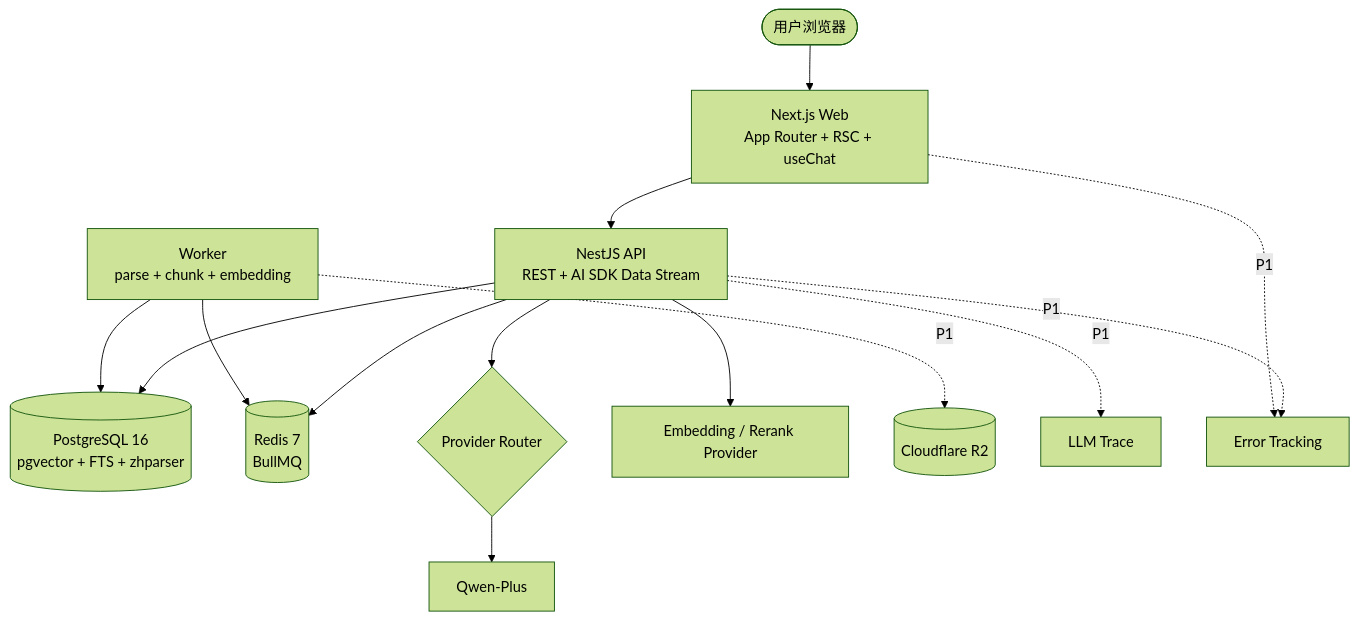
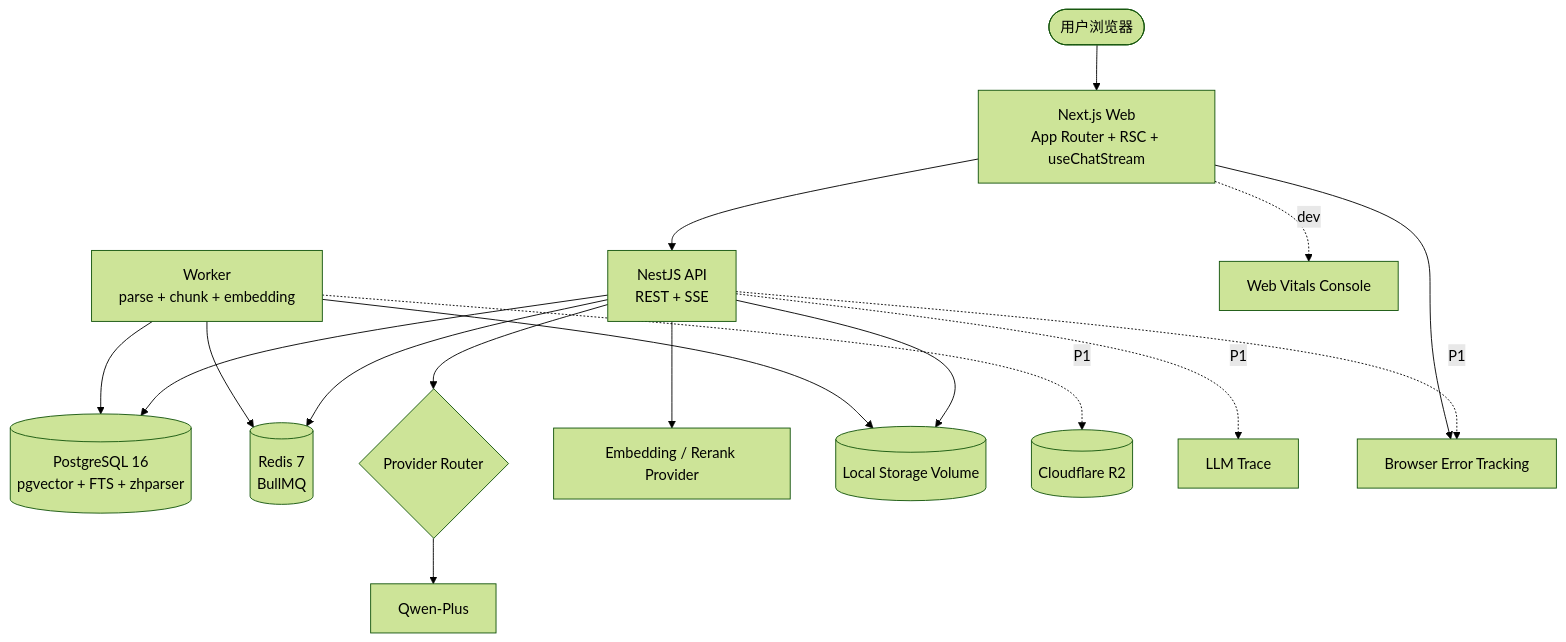
Before and after one commit to wentiansky/DevBrain: the diagram in README.md, drawn with Mermaid (forest theme). The commit also changed other lines of this file and 3 other files, not shown here.

````diff
--- a/README.md
+++ b/README.md
@@ -65,19 +75,22 @@
 ```mermaid
 flowchart TB
-    User([用户浏览器]) --> Web[Next.js Web<br/>App Router + RSC + useChat]
-    Web --> API[NestJS API<br/>REST + AI SDK Data Stream]
+    User([用户浏览器]) --> Web[Next.js Web<br/>App Router + RSC + useChatStream]
+    Web --> API[NestJS API<br/>REST + SSE]
 
     API --> PG[(PostgreSQL 16<br/>pgvector + FTS + zhparser)]
     API --> Redis[(Redis 7<br/>BullMQ)]
     Worker[Worker<br/>parse + chunk + embedding] --> PG
     Worker --> Redis
 
     API --> Router{Provider Router}
     Router --> Qwen[Qwen-Plus]
     API --> DashScope[Embedding / Rerank Provider]
 
+    API --> LocalStorage[(Local Storage Volume)]
+    Worker --> LocalStorage
     Worker -. P1 .-> R2[(Cloudflare R2)]
     API -. P1 .-> Langfuse[LLM Trace]
-    API -. P1 .-> Sentry[Error Tracking]
-    Web -. P1 .-> Sentry
+    API -. P1 .-> Sentry[Server Error Tracking]
+    Web --> Sentry[Browser Error Tracking]
+    Web -. dev .-> Console[Web Vitals Console]
 ```
````
